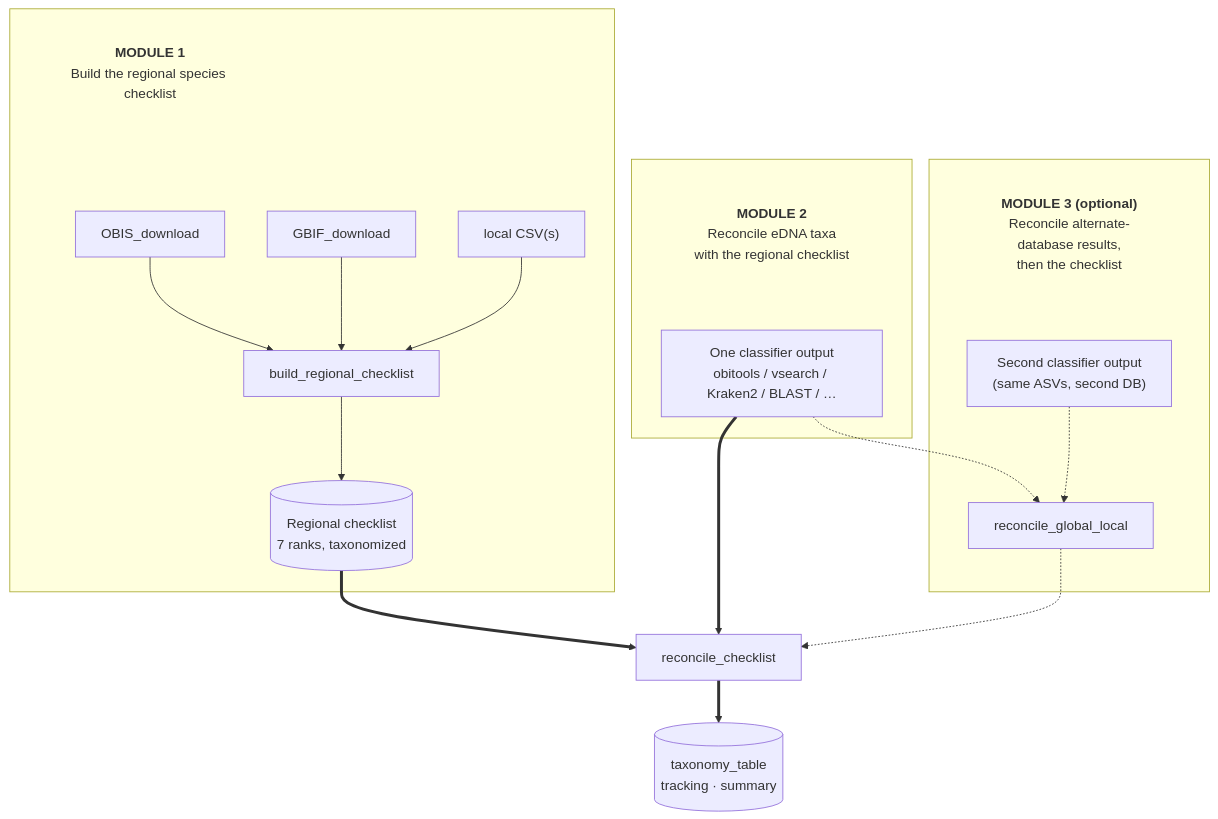
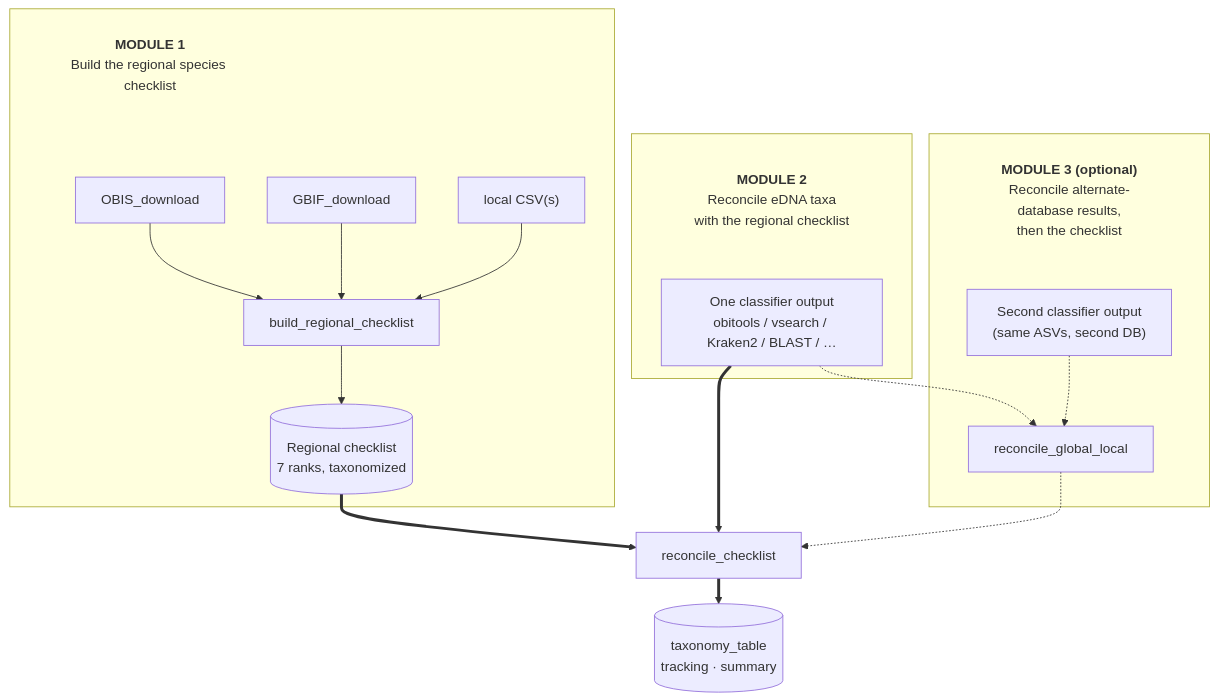
Before and after one commit to EWisely/REGATTA: the diagram in README.md, drawn with Mermaid.

Commit message:
docs: mermaid — tighten rankSpacing so module headers sit closer to their boxes
The invisible header-node links added a full rank of vertical space between each
module description and its content. Set flowchart rankSpacing to 30 (default 50)
to pull them closer.

````diff
--- a/README.md
+++ b/README.md
@@ -77,38 +77,39 @@
 ```mermaid
+%%{init: {"flowchart": {"rankSpacing": 30}}}%%
 flowchart TD
     %% Subgraphs declared 3, 2, 1 so the render (its mirror) reads 1 -> 2 -> 3.
     %% Module titles are borderless header NODES: multi-line node labels render
     %% cleanly and reserve vertical space, whereas a multi-line subgraph title
     %% would overlap the box content on GitHub's mermaid.
     classDef modtitle fill:none,stroke:none;
 
     subgraph MOD3[" "]
         H3["<b>MODULE 3 (optional)</b><br/>Reconcile alternate-database results,<br/>then the checklist"]:::modtitle
         GL["Second classifier output<br/>(same ASVs, second DB)"]
         Q[reconcile_global_local]
         H3 ~~~ GL
         GL -.-> Q
     end
 
     subgraph MOD2[" "]
         H2["<b>MODULE 2</b><br/>Reconcile eDNA taxa<br/>with the regional checklist"]:::modtitle
         G["One classifier output<br/>obitools / vsearch / Kraken2 / BLAST / …"]
         H2 ~~~ G
     end
 
     subgraph M1[" "]
         H1["<b>MODULE 1</b><br/>Build the regional species checklist"]:::modtitle
         A[OBIS_download] --> D[build_regional_checklist]
         B[GBIF_download] --> D
         C["local CSV(s)"] --> D
         D --> F[("Regional checklist<br/>7 ranks, taxonomized")]
         H1 ~~~ A
     end
 
     F ==> M[reconcile_checklist]
     G ==> M
     Q -.-> M
     M ==> RES[("taxonomy_table<br/>tracking · summary")]
 
     G -.-> Q
 ```
````
